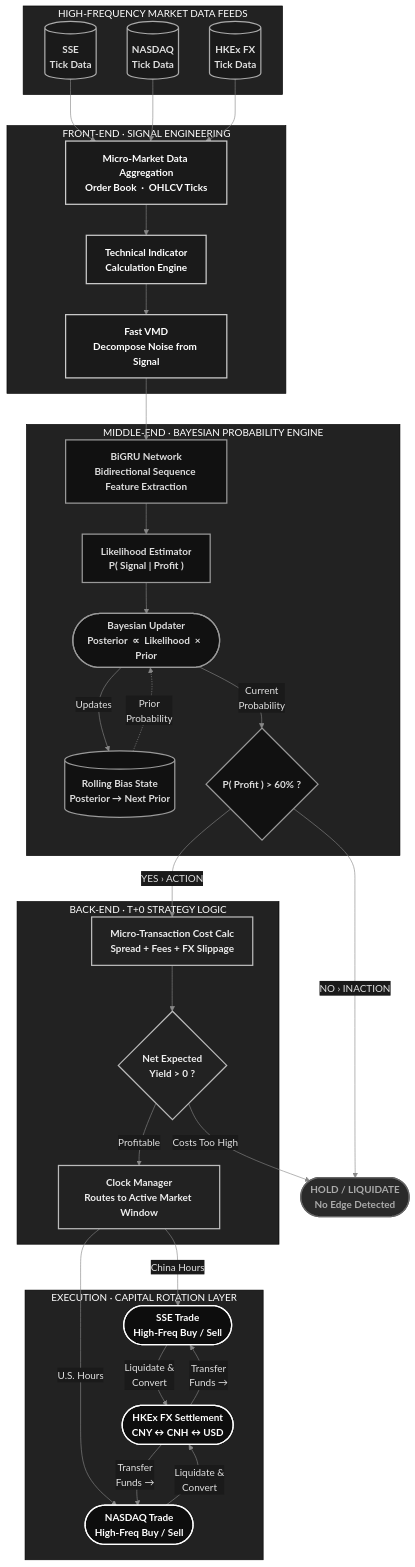
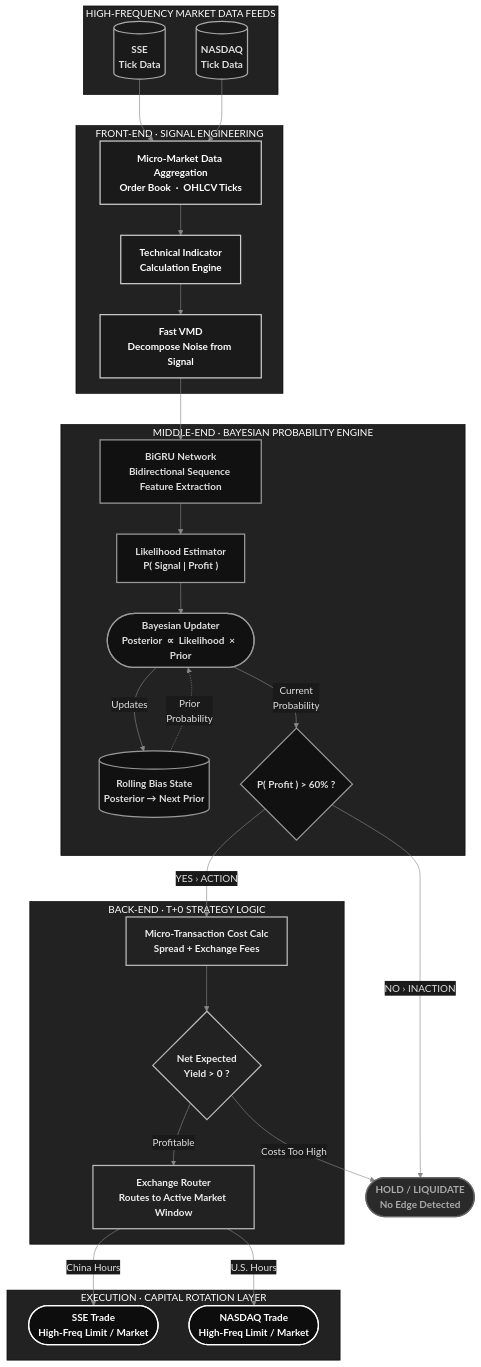
Before and after one commit to new-vector/Aegis: the first of 5 diagrams in README.md, drawn with Mermaid. The commit also changed other lines of this file, not shown here.

````diff
--- a/README.md
+++ b/README.md
@@ -9,80 +7,74 @@
 ```mermaid
 %%{init: {
   "theme": "base",
   "themeVariables": {
     "primaryColor": "#1a1a1a",
     "primaryTextColor": "#e0e0e0",
     "primaryBorderColor": "#444444",
     "lineColor": "#888888",
     "secondaryColor": "#2a2a2a",
     "tertiaryColor": "#111111",
     "background": "#000000",
     "mainBkg": "#1a1a1a",
     "nodeBorder": "#555555",
     "clusterBkg": "#222222",
     "titleColor": "#ffffff",
     "edgeLabelBackground": "#1a1a1a",
     "attributeBackgroundColorEven": "#1a1a1a",
     "attributeBackgroundColorOdd": "#111111"
   }
 } }%%
 flowchart TD
     classDef data fill:#1a1a1a,stroke:#aaaaaa,stroke-width:2px,color:#e0e0e0,font-weight:bold
     classDef front fill:#1a1a1a,stroke:#cccccc,stroke-width:2px,color:#ffffff,font-weight:bold
     classDef middle fill:#111111,stroke:#999999,stroke-width:2px,color:#dddddd,font-weight:bold
     classDef back fill:#222222,stroke:#bbbbbb,stroke-width:2px,color:#eeeeee,font-weight:bold
     classDef exec fill:#0d0d0d,stroke:#ffffff,stroke-width:2px,color:#ffffff,font-weight:bold
     classDef hold fill:#2a2a2a,stroke:#666666,stroke-width:2px,color:#aaaaaa,font-weight:bold
 
     subgraph Data["  HIGH-FREQUENCY MARKET DATA FEEDS  "]
         A1[(SSE\nTick Data)]:::data
         A2[(NASDAQ\nTick Data)]:::data
-        A3[(HKEx FX\nTick Data)]:::data
     end
 
     subgraph Front["  FRONT-END · SIGNAL ENGINEERING  "]
         B1["Micro-Market Data Aggregation\nOrder Book  ·  OHLCV Ticks"]:::front
         B2["Technical Indicator\nCalculation Engine"]:::front
         B3["Fast VMD\nDecompose Noise from Signal"]:::front
     end
 
     subgraph Middle["  MIDDLE-END · BAYESIAN PROBABILITY ENGINE  "]
         C1["BiGRU Network\nBidirectional Sequence Feature Extraction"]:::middle
         C2["Likelihood Estimator\nP( Signal | Profit )"]:::middle
         C3(["Bayesian Updater\nPosterior  ∝  Likelihood  ×  Prior"]):::middle
         C4[("Rolling Bias State\nPosterior → Next Prior")]:::middle
         C5{"P( Profit ) > 60% ?"}:::middle
     end
 
     subgraph Back["  BACK-END · T+0 STRATEGY LOGIC  "]
-        D1["Micro-Transaction Cost Calc\nSpread  +  Fees  +  FX Slippage"]:::back
+        D1["Micro-Transaction Cost Calc\nSpread  +  Exchange Fees"]:::back
         D2{"Net Expected\nYield > 0 ?"}:::back
-        D3["Clock Manager\nRoutes to Active Market Window"]:::back
+        D3["Exchange Router\nRoutes to Active Market Window"]:::back
     end
 
     subgraph Exec["  EXECUTION · CAPITAL ROTATION LAYER  "]
-        E1(["SSE Trade\nHigh-Freq Buy / Sell"]):::exec
-        E2(["HKEx FX Settlement\nCNY  ↔  CNH  ↔  USD"]):::exec
-        E3(["NASDAQ Trade\nHigh-Freq Buy / Sell"]):::exec
+        E1(["SSE Trade\nHigh-Freq Limit / Market"]):::exec
+        E3(["NASDAQ Trade\nHigh-Freq Limit / Market"]):::exec
     end
 
     Hold(["HOLD / LIQUIDATE\nNo Edge Detected"]):::hold
 
-    A1 & A2 & A3 --> B1
+    A1 & A2 --> B1
     B1 --> B2 --> B3 --> C1
     C1 --> C2 --> C3
     C4 -. "Prior\nProbability" .-> C3
     C3 -- "Updates" --> C4
     C3 -- "Current\nProbability" --> C5
     C5 -- "YES › ACTION" --> D1
     C5 -- "NO › INACTION" --> Hold
     D1 --> D2
     D2 -- "Profitable" --> D3
     D2 -- "Costs Too High" --> Hold
     D3 -- "China Hours" --> E1
     D3 -- "U.S. Hours" --> E3
-    E1 -- "Liquidate &\nConvert" --> E2
-    E2 -- "Transfer\nFunds →" --> E3
-    E3 -- "Liquidate &\nConvert" --> E2
-    E2 -- "Transfer\nFunds →" --> E1
 ```
````
